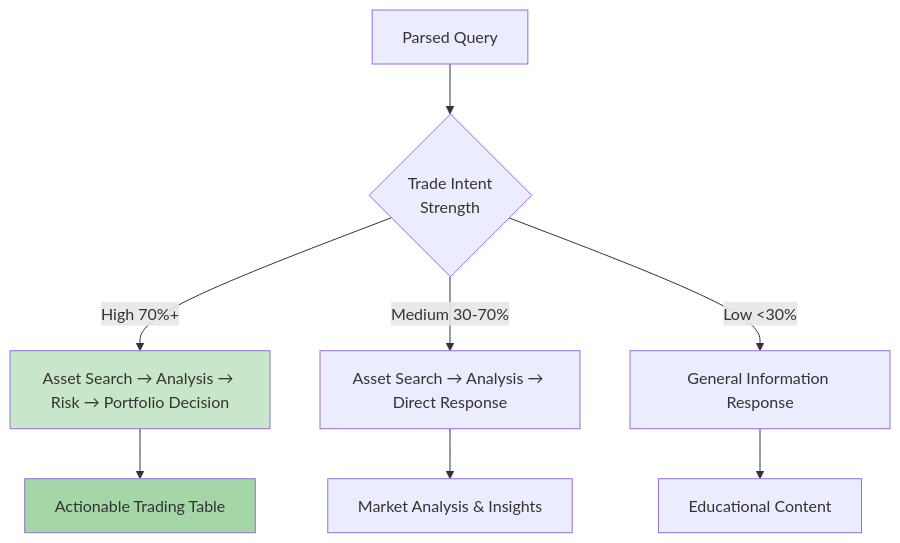
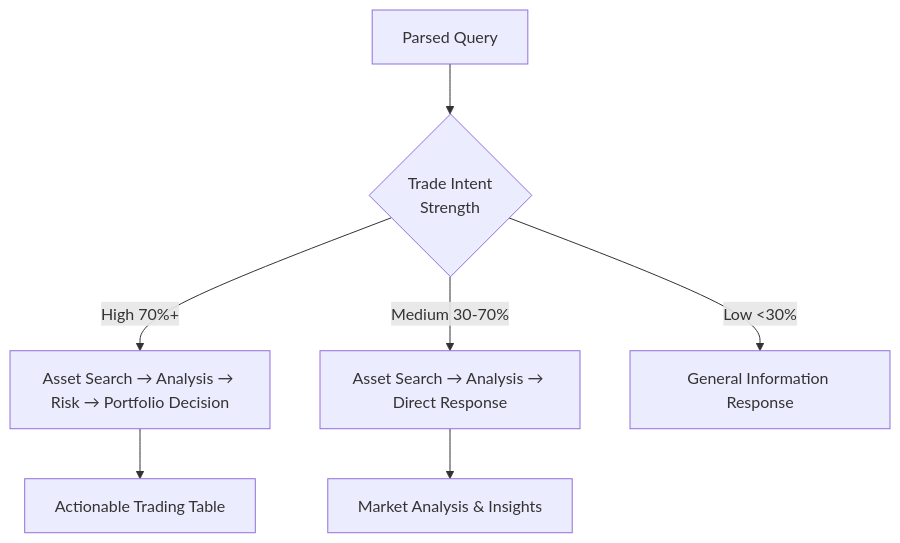
One commit to agentuity/agent-hedgefund changed the second of 2 diagrams in README.md. Above: the diagram before and after it, drawn with Mermaid. The commit also changed other lines of this file and 5 other files, not shown here.

````diff
--- a/README.md
+++ b/README.md
@@ -239,15 +237,11 @@
 ```mermaid
 graph TD
     A[Parsed Query] --> B{Trade Intent<br/>Strength}
     
     B -->|High 70%+| C[Asset Search → Analysis → Risk → Portfolio Decision]
     B -->|Medium 30-70%| D[Asset Search → Analysis → Direct Response]
     B -->|Low <30%| E[General Information Response]
     
     C --> F[Actionable Trading Table]
     D --> G[Market Analysis & Insights]
-    E --> H[Educational Content]
-    
-    style C fill:#c8e6c9
-    style F fill:#a5d6a7
 ```
````
